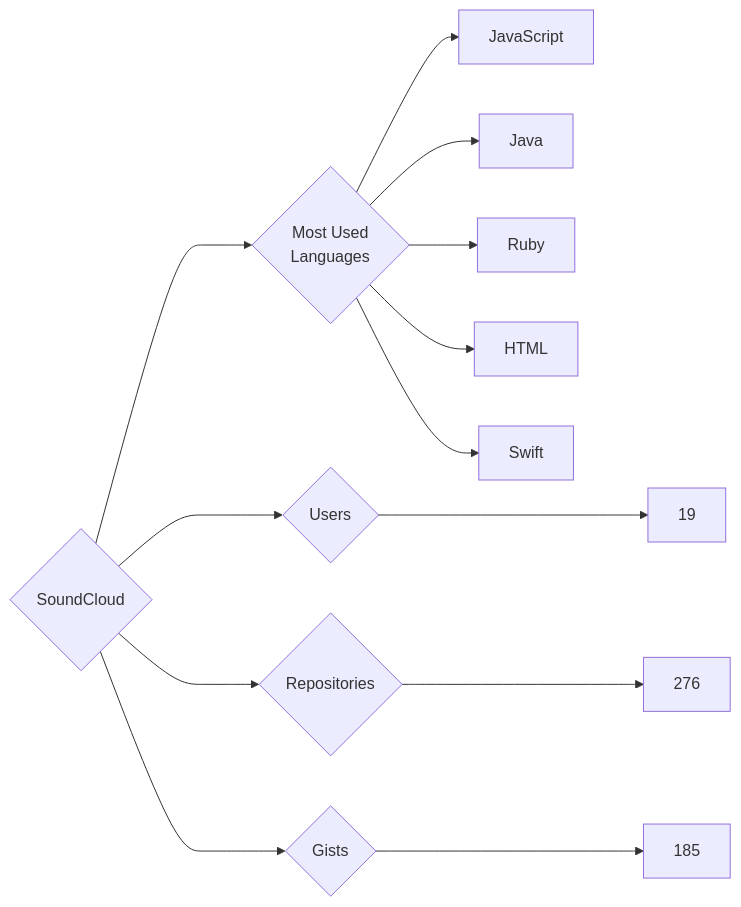
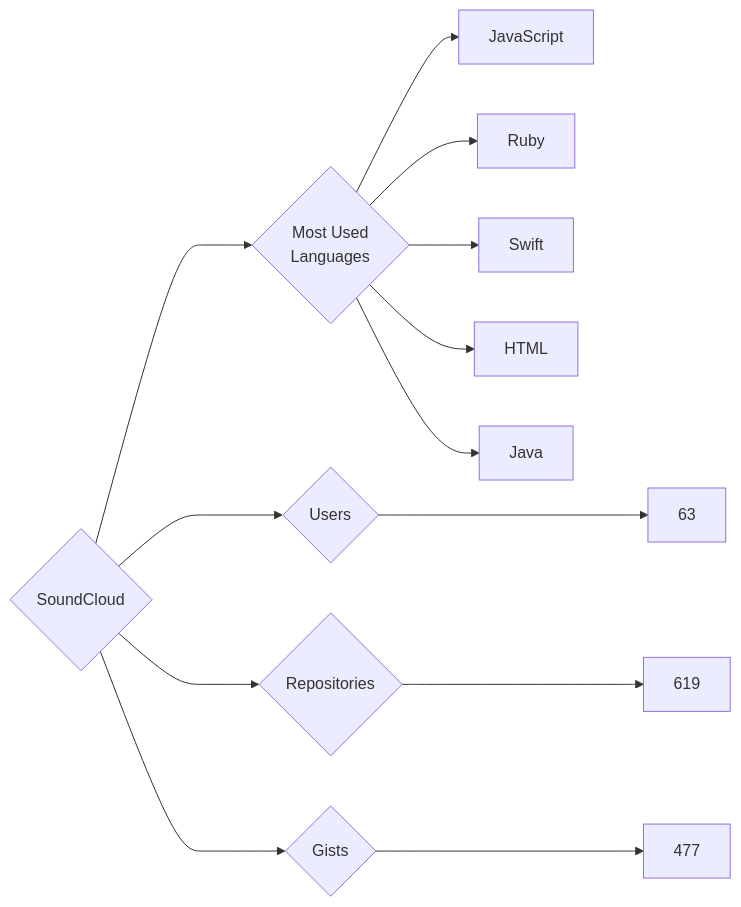
Before and after one commit to trickest/insiders: the diagram in targets/SoundCloud/README.md, drawn with Mermaid. The commit also changed 928 other files, not shown here.

````diff
--- a/targets/SoundCloud/README.md
+++ b/targets/SoundCloud/README.md
@@ -3,13 +3,13 @@
 ```mermaid
 graph LR
 COMPANY_NAME{SoundCloud}
-COMPANY_NAME ---> U{Users} ---> UN[19]
-COMPANY_NAME ---> R{Repositories} ---> RN[276]
-COMPANY_NAME ---> G{Gists} ---> GN[185]
+COMPANY_NAME ---> U{Users} ---> UN[63]
+COMPANY_NAME ---> R{Repositories} ---> RN[619]
+COMPANY_NAME ---> G{Gists} ---> GN[477]
 COMPANY_NAME ---> ML{Most Used<br>Languages}
 ML --> JavaScript[JavaScript]
+ML --> Ruby[Ruby]
+ML --> Swift[Swift]
+ML --> HTML[HTML]
 ML --> Java[Java]
-ML --> Ruby[Ruby]
-ML --> HTML[HTML]
-ML --> Swift[Swift]
 ```
````
